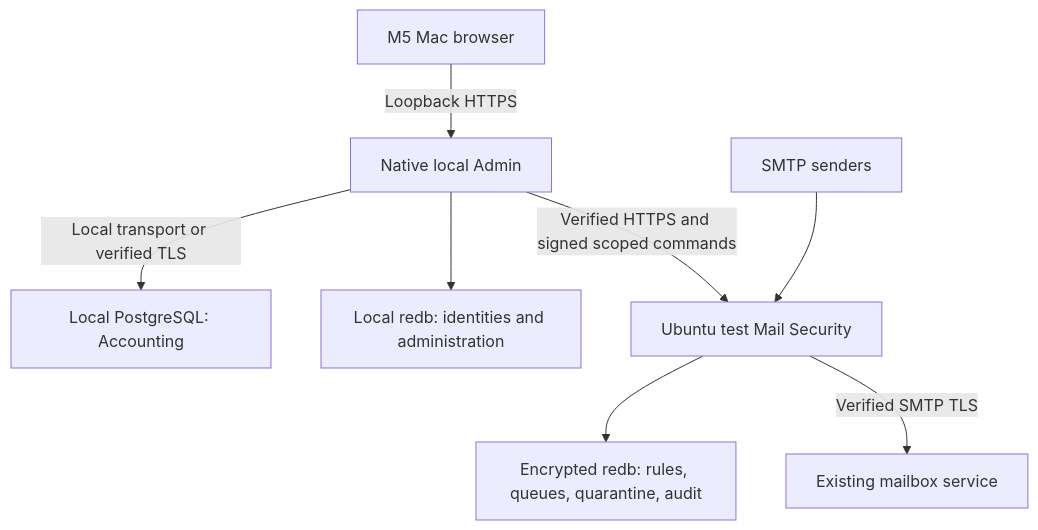
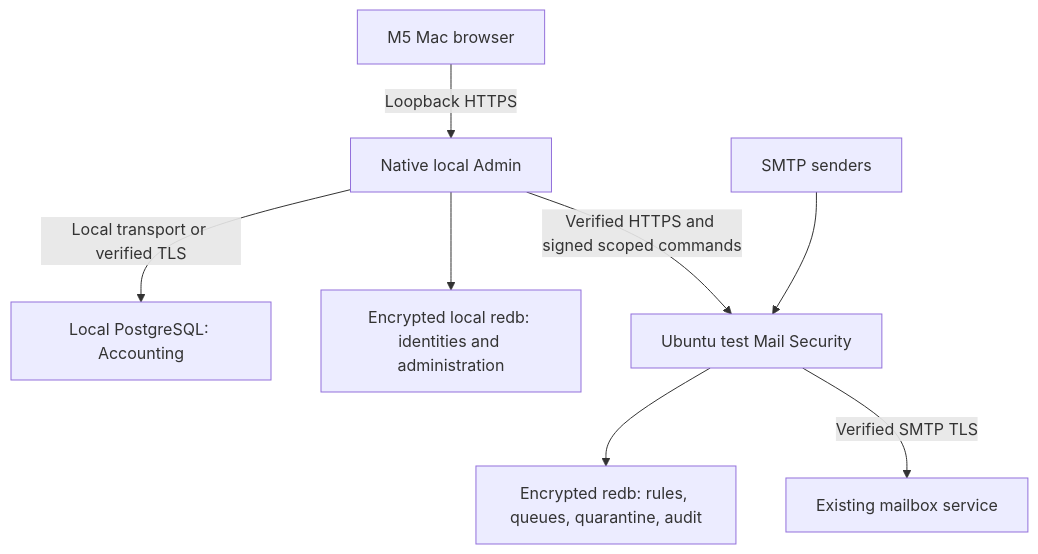
Before and after one commit to Workglen/Workglen: the diagram in ARCHITECTURE.md, drawn with Mermaid. The commit also changed other lines of this file and 12 other files, not shown here.

Commit message:
Encrypt local Admin storage and backups

````diff
--- a/ARCHITECTURE.md
+++ b/ARCHITECTURE.md
@@ -7,10 +7,10 @@
 ```mermaid
 flowchart TD
     Browser["M5 Mac browser"] -->|"Loopback HTTPS"| Admin["Native local Admin"]
     Admin -->|"Local transport or verified TLS"| PG["Local PostgreSQL: Accounting"]
-    Admin --> Local["Local redb: identities and administration"]
+    Admin --> Local["Encrypted local redb: identities and administration"]
     Admin -->|"Verified HTTPS and signed scoped commands"| Gateway["Ubuntu test Mail Security"]
     Senders["SMTP senders"] --> Gateway
     Gateway --> Security["Encrypted redb: rules, queues, quarantine, audit"]
     Gateway -->|"Verified SMTP TLS"| Mailboxes["Existing mailbox service"]
 ```
````
